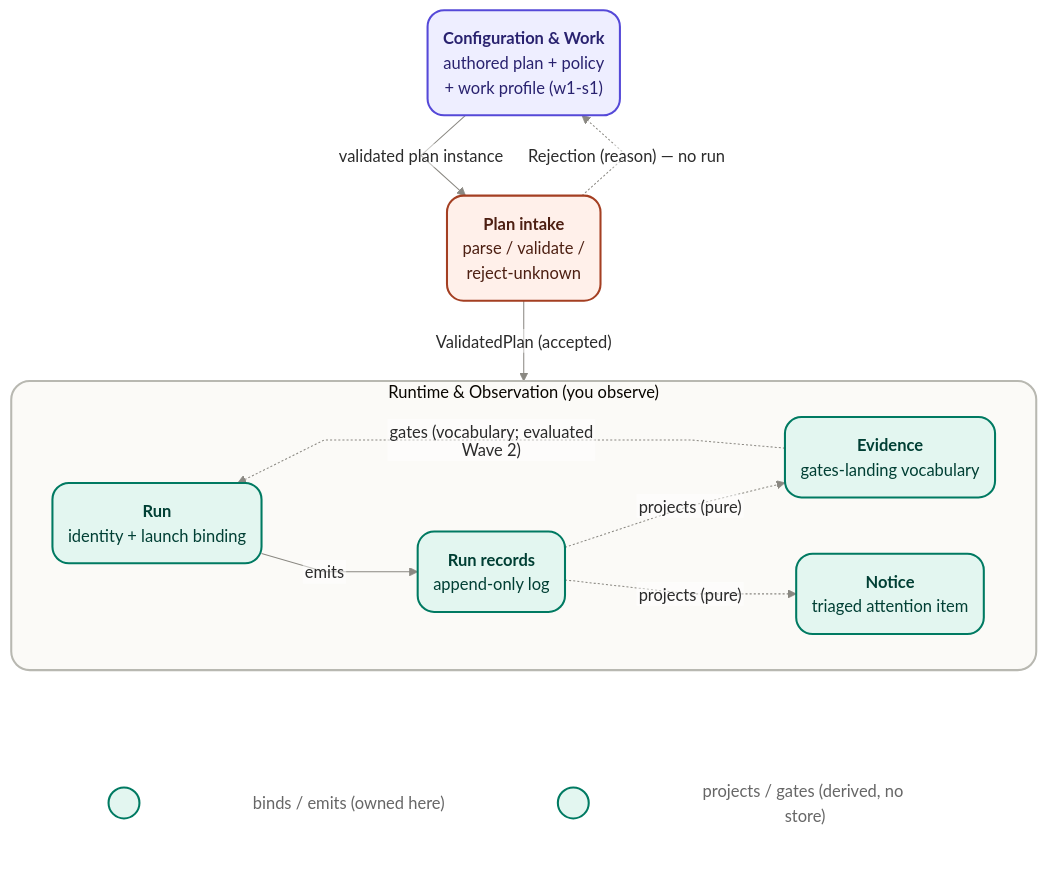
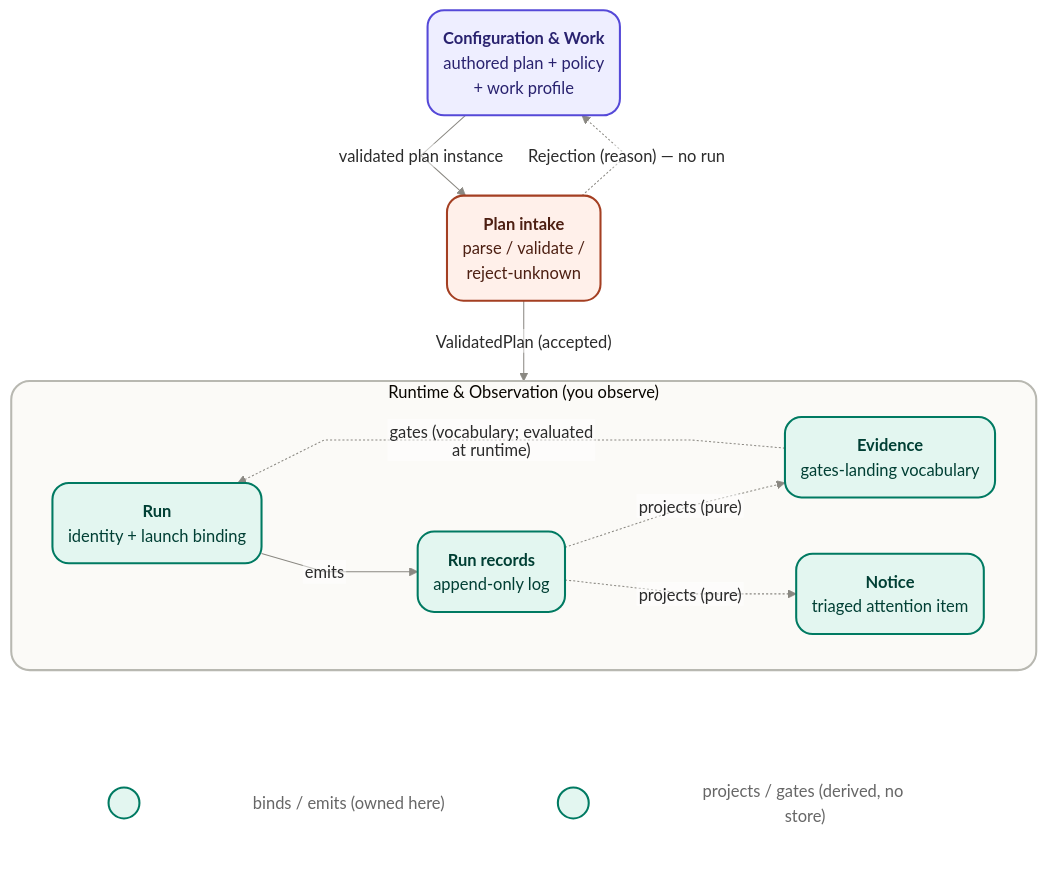
One commit to agentic-workflow-kit/jig changed the diagram in docs/design/domain/runtime-and-observation.md. Above: the diagram before and after it, drawn with Mermaid. The commit also changed other lines of this file and 22 other files, not shown here.

````diff
--- a/docs/design/domain/runtime-and-observation.md
+++ b/docs/design/domain/runtime-and-observation.md
@@ -223,77 +217,77 @@
 ```mermaid
 %%{init: {
   "theme": "base",
   "themeVariables": {
     "fontFamily": "Inter, Arial, sans-serif",
     "primaryTextColor": "#2b2b2b",
     "lineColor": "#8a8882",
     "edgeLabelBackground": "#ffffff",
     "clusterBkg": "#fbfaf7",
     "clusterBorder": "#b8b8b1",
     "clusterTextColor": "#2b2b2b"
   },
   "flowchart": {
     "htmlLabels": false,
     "curve": "linear",
     "nodeSpacing": 50,
     "rankSpacing": 55
   }
 }}%%
 flowchart TB
 
   config("`**Configuration & Work**
 authored plan + policy
-+ work profile (w1-s1)`")
++ work profile`")
 
   intake("`**Plan intake**
 parse / validate /
 reject-unknown`")
 
   subgraph runtime_group["Runtime & Observation (you observe)"]
     direction LR
 
     run("`**Run**
 identity + launch binding`")
     records("`**Run records**
 append-only log`")
     evidence("`**Evidence**
 gates-landing vocabulary`")
     notice("`**Notice**
 triaged attention item`")
 
     run -->|"emits"| records
     records -.->|"projects (pure)"| evidence
     records -.->|"projects (pure)"| notice
   end
 
   config -->|"validated plan instance"| intake
   intake -->|"ValidatedPlan (accepted)"| run
   intake -.->|"Rejection (reason) — no run"| config
-  evidence -.->|"gates (vocabulary; evaluated Wave 2)"| run
+  evidence -.->|"gates (vocabulary; evaluated at runtime)"| run
 
   subgraph legend[" "]
     direction LR
     l1(" ")
     lt1["binds / emits (owned here)"]
     l2(" ")
     lt2["projects / gates (derived, no store)"]
     l1 ~~~ lt1 ~~~ l2 ~~~ lt2
   end
 
   notice ~~~ legend
 
   classDef observe fill:#e3f6f0,stroke:#007a62,stroke-width:2px,color:#003f34,rx:16,ry:16;
   classDef adjacent fill:#eeeeff,stroke:#5549d8,stroke-width:2px,color:#29226f,rx:16,ry:16;
   classDef boundary fill:#fff0ea,stroke:#a43f22,stroke-width:2px,color:#4d1f12,rx:16,ry:16;
   classDef legendText fill:transparent,stroke:transparent,color:#666666;
 
   class run,records,evidence,notice observe;
   class config adjacent;
   class intake boundary;
   class l1 observe;
   class l2 observe;
   class lt1,lt2 legendText;
 
   style runtime_group fill:#fbfaf7,stroke:#b8b8b1,stroke-width:2px,color:#2b2b2b,rx:18,ry:18
   style legend fill:transparent,stroke:transparent,color:transparent
 ```
````
